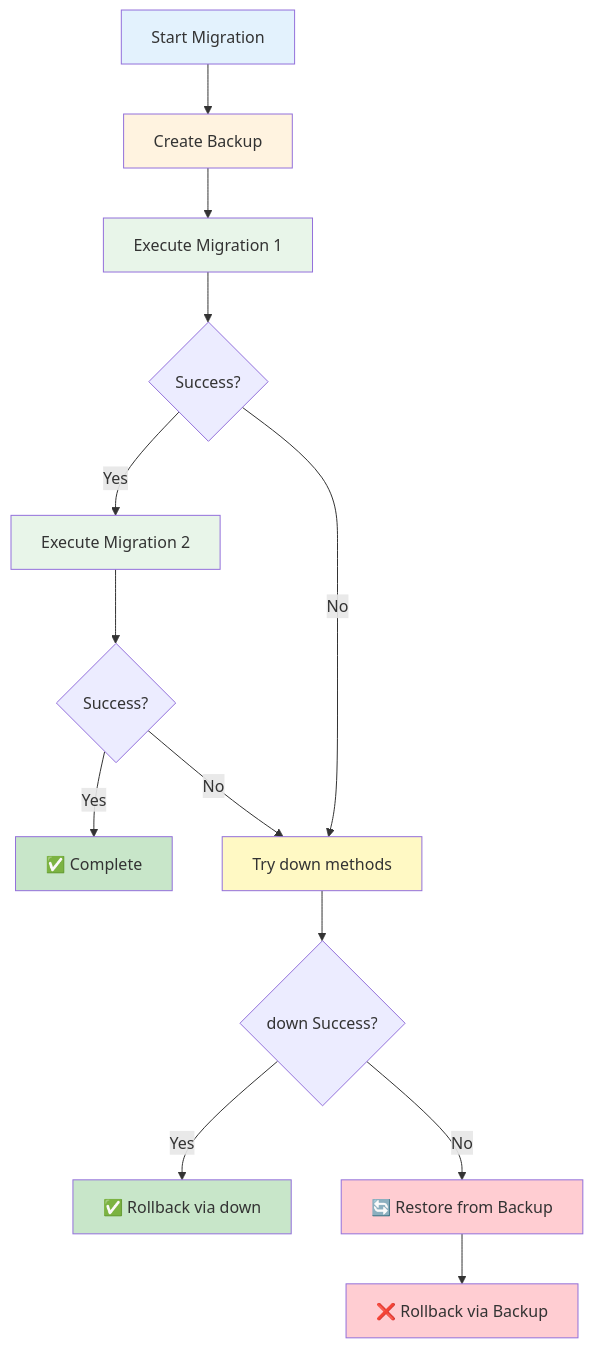
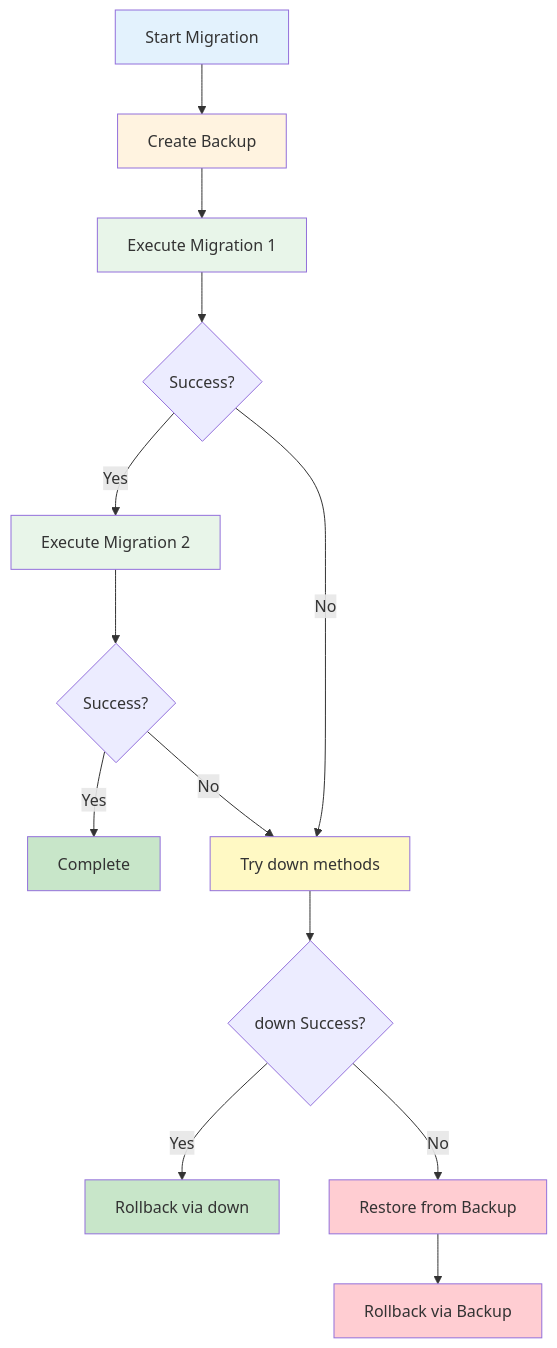
The third of 3 diagrams in docs/configuration/rollback-settings.md (vlavrynovych/msr), drawn with Mermaid before and after one commit. The commit also changed other lines of this file and 6 other files, not shown here.

First line of the commit message:
#64: Fix Mermaid diagram syntax for version 9.1.3 compatibility

````diff
--- a/docs/configuration/rollback-settings.md
+++ b/docs/configuration/rollback-settings.md
@@ -135,25 +135,25 @@
 ```mermaid
 graph TD
     A[Start Migration] --> B[Create Backup]
     B --> C[Execute Migration 1]
     C --> D{Success?}
     D -->|Yes| E[Execute Migration 2]
     E --> F{Success?}
-    F -->|Yes| G[✅ Complete]
+    F -->|Yes| G[Complete]
     F -->|No| H[Try down methods]
     D -->|No| H
     H --> I{down Success?}
-    I -->|Yes| J[✅ Rollback via down]
-    I -->|No| K[🔄 Restore from Backup]
-    K --> L[❌ Rollback via Backup]
+    I -->|Yes| J[Rollback via down]
+    I -->|No| K[Restore from Backup]
+    K --> L[Rollback via Backup]
 
     style A fill:#e3f2fd
     style B fill:#fff3e0
     style C fill:#e8f5e9
     style E fill:#e8f5e9
     style G fill:#c8e6c9
     style H fill:#fff9c4
     style J fill:#c8e6c9
     style K fill:#ffcdd2
     style L fill:#ffcdd2
 ```
````
